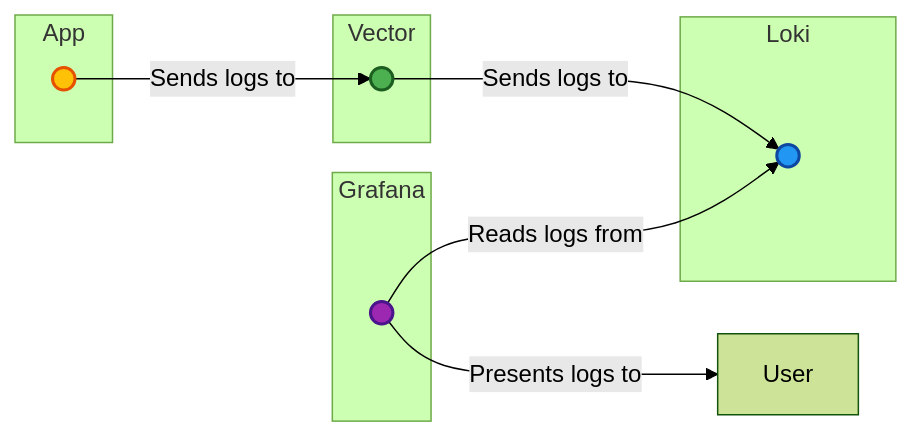
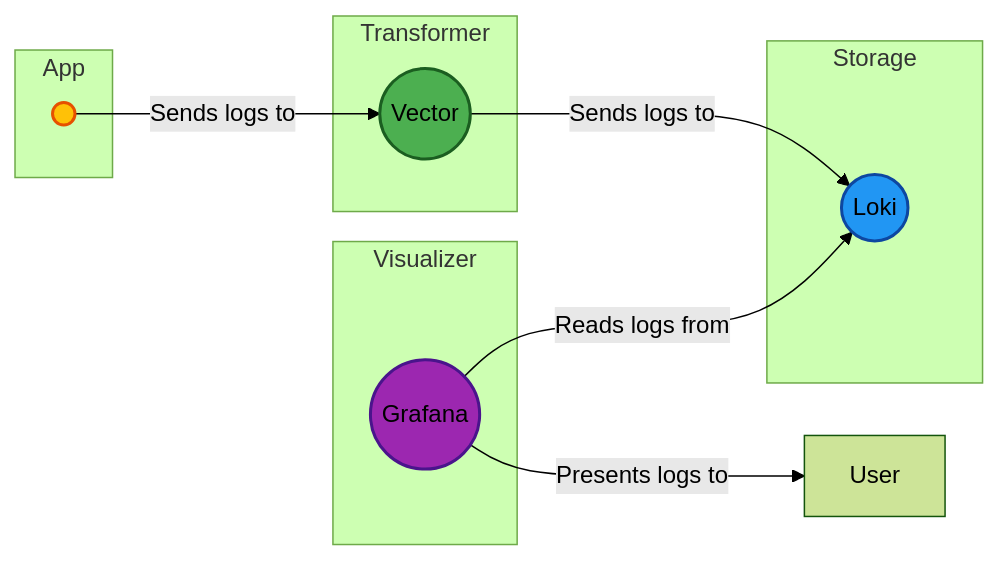
Before and after one commit to maksimmuravev/bunnyshell-all-in-toolset: the diagram in .bunnyshell/templates/grafana-vector-loki/README.md, drawn with Mermaid (forest theme). The commit also changed other lines of this file, not shown here.

Commit message:
Add Grafana + Vector + Loki stack overview to README

````diff
--- a/.bunnyshell/templates/grafana-vector-loki/README.md
+++ b/.bunnyshell/templates/grafana-vector-loki/README.md
@@ -3,29 +7,29 @@
 ```mermaid
 graph LR
 
 style A fill:#FFC107, stroke:#E65100, stroke-width:2px;
 style B fill:#4CAF50, stroke:#1B5E20, stroke-width:2px;
 style C fill:#2196F3, stroke:#0D47A1, stroke-width:2px;
 style D fill:#9C27B0, stroke:#4A148C, stroke-width:2px;
 
 subgraph App
     A(( ))
 end
 
-subgraph Vector
-    B(( ))
+subgraph "Transformer"
+    B((Vector))
 end
 
-subgraph Loki
-    C(( ))
+subgraph Storage
+    C(( Loki ))
 end
 
-subgraph Grafana
-    D(( ))
+subgraph Visualizer
+    D(( Grafana ))
 end
 
 A -->|Sends logs to| B
 B -->|Sends logs to| C
 D -->|Reads logs from| C
 D -->|Presents logs to| User
 ```
````
